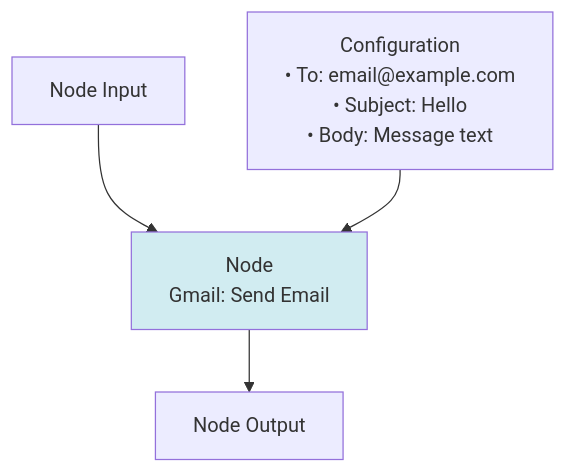
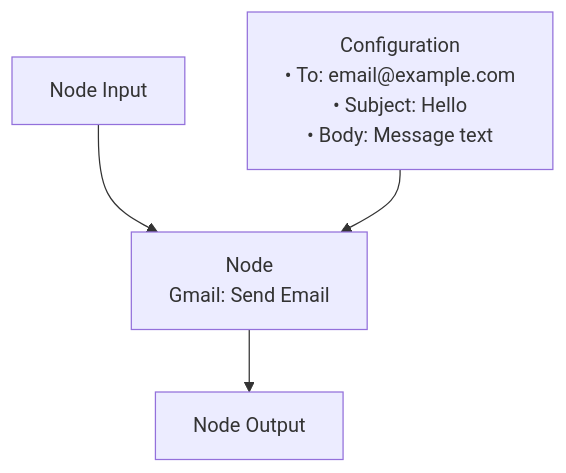
Before and after one commit to wtoloza-dev/ZTH-n8n-Engineer: the fourth of 11 diagrams in lessons/01-foundations/theory/03-how-it-works.md, drawn with Mermaid. The commit also changed other lines of this file and 31 other files, not shown here.

````diff
--- a/lessons/01-foundations/theory/03-how-it-works.md
+++ b/lessons/01-foundations/theory/03-how-it-works.md
@@ -95,9 +84,7 @@
 ```mermaid
 graph TD
     A[Node Input] --> B[Node<br/>Gmail: Send Email]
     B --> C[Node Output]
     
     D[Configuration<br/>• To: email@example.com<br/>• Subject: Hello<br/>• Body: Message text] --> B
-    
-    style B fill:#d1ecf1
 ```
````
